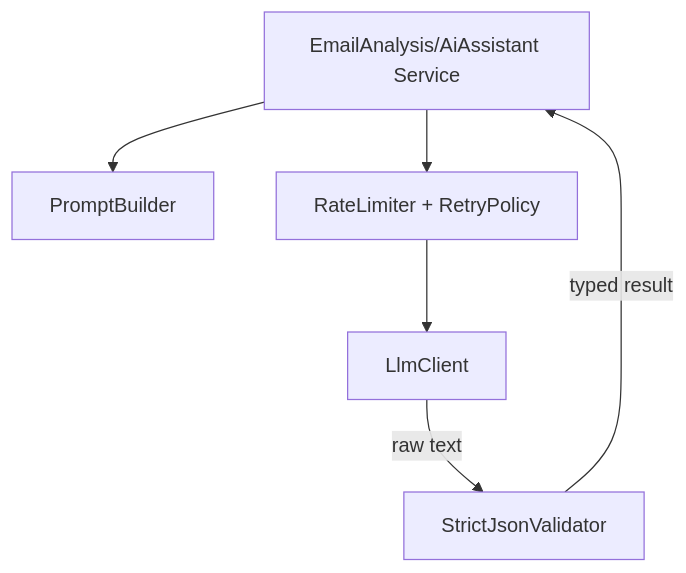
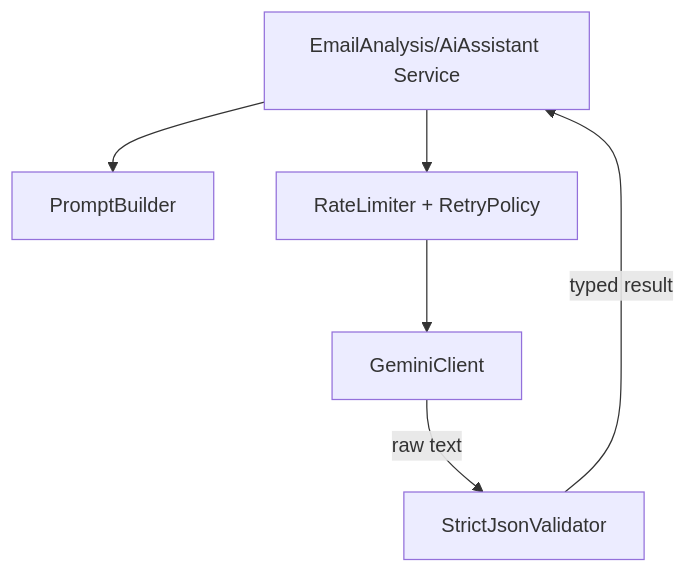
One commit to XunSong02/OutlookPlus changed diagram 11 of 20 in backend/backend_specification_Modules.md. Above: the diagram before and after it, drawn with Mermaid. The commit also changed other lines of this file and 8 other files, not shown here.

````diff
--- a/backend/backend_specification_Modules.md
+++ b/backend/backend_specification_Modules.md
@@ -825,8 +911,8 @@
 ```mermaid
 flowchart TB
 	Svc[EmailAnalysis/AiAssistant Service] --> Prompt[PromptBuilder]
 	Svc --> Throttle[RateLimiter + RetryPolicy]
-	Throttle --> LLM[LlmClient]
+	Throttle --> LLM[GeminiClient]
 	LLM -->|raw text| Validate[StrictJsonValidator]
 	Validate -->|typed result| Svc
 ```
````
